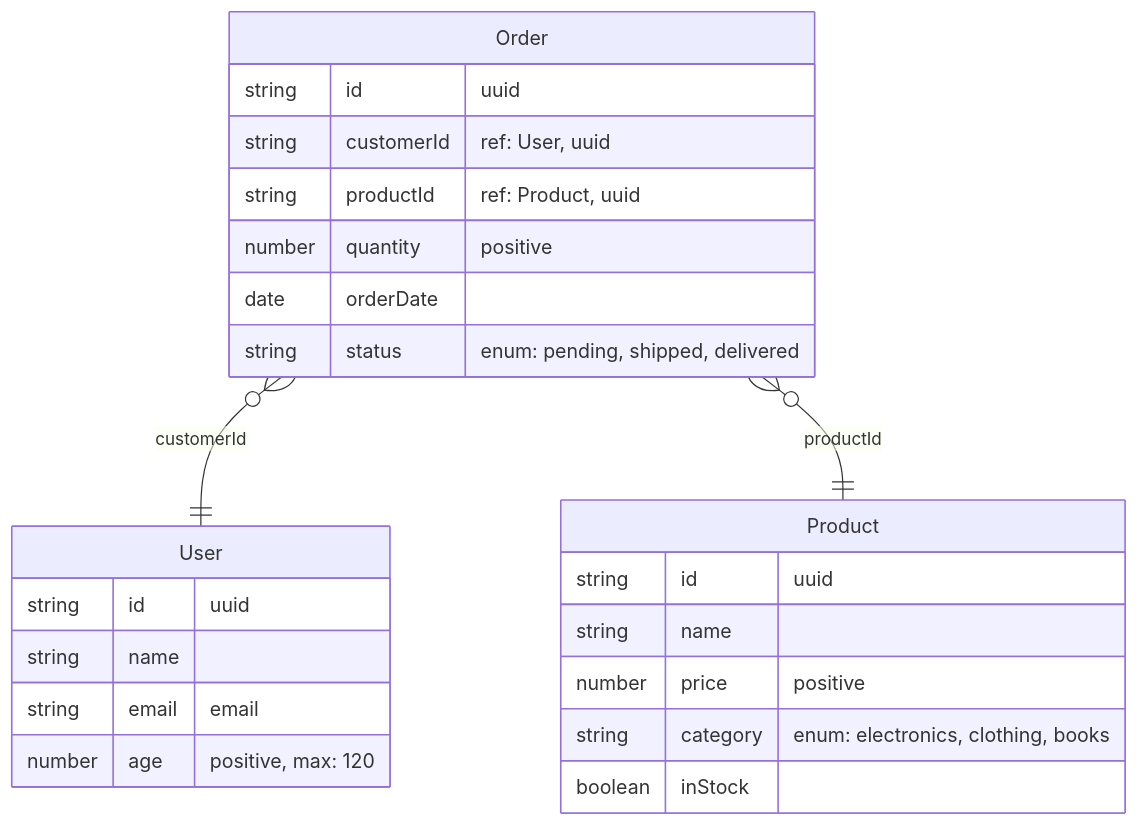
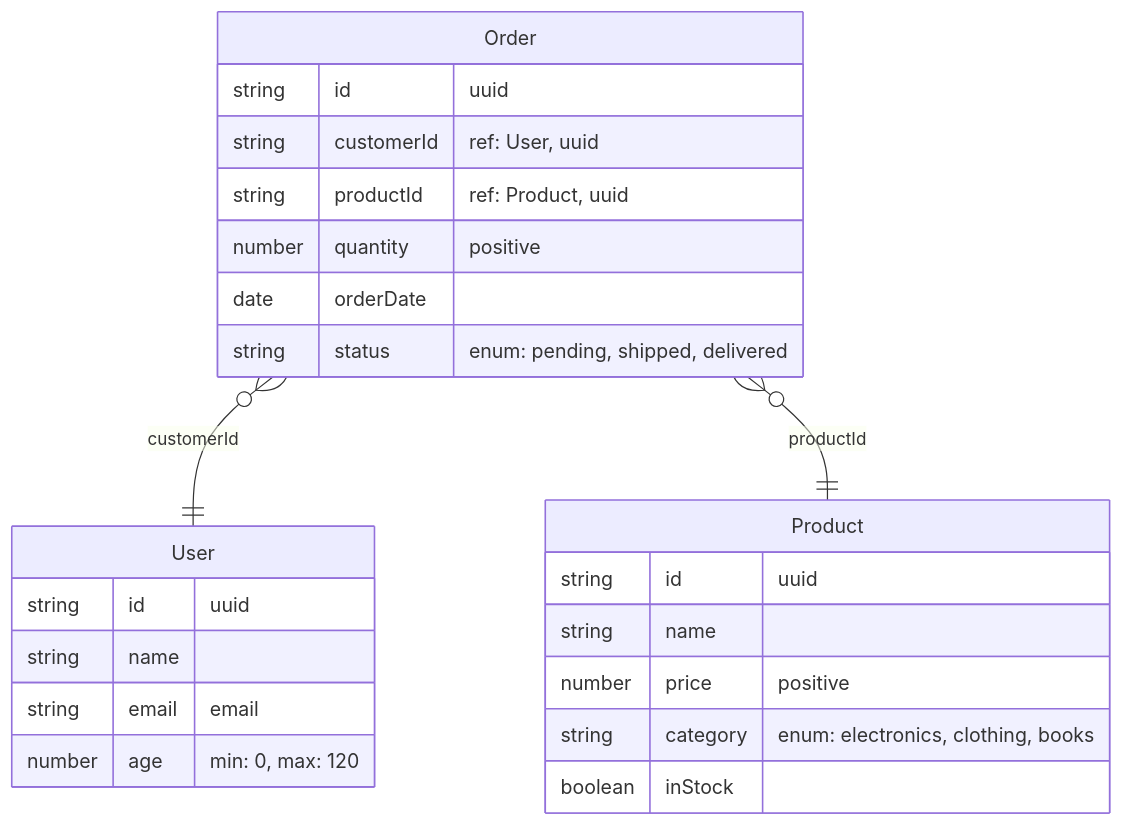
One commit to kothar/zod-mermaid changed the first of 3 diagrams in examples/multiple-schemas-example.md. Above: the diagram before and after it, drawn with Mermaid. The commit also changed other lines of this file and 21 other files, not shown here.

Commit message:
fix: correct Mermaid syntax and expand Zod type support (#5)

````diff
--- a/examples/multiple-schemas-example.md
+++ b/examples/multiple-schemas-example.md
@@ -38,26 +38,26 @@
 ```mermaid
 erDiagram
     User {
         string id "uuid"
         string name
         string email "email"
-        number age "positive, max: 120"
+        number age "min: 0, max: 120"
     }
     Product {
         string id "uuid"
         string name
         number price "positive"
         string category "enum: electronics, clothing, books"
         boolean inStock
     }
     Order {
         string id "uuid"
         string customerId "ref: User, uuid"
         string productId "ref: Product, uuid"
         number quantity "positive"
         date orderDate
         string status "enum: pending, shipped, delivered"
     }
     Order }o--|| User : "customerId"
     Order }o--|| Product : "productId"
 ```
````
